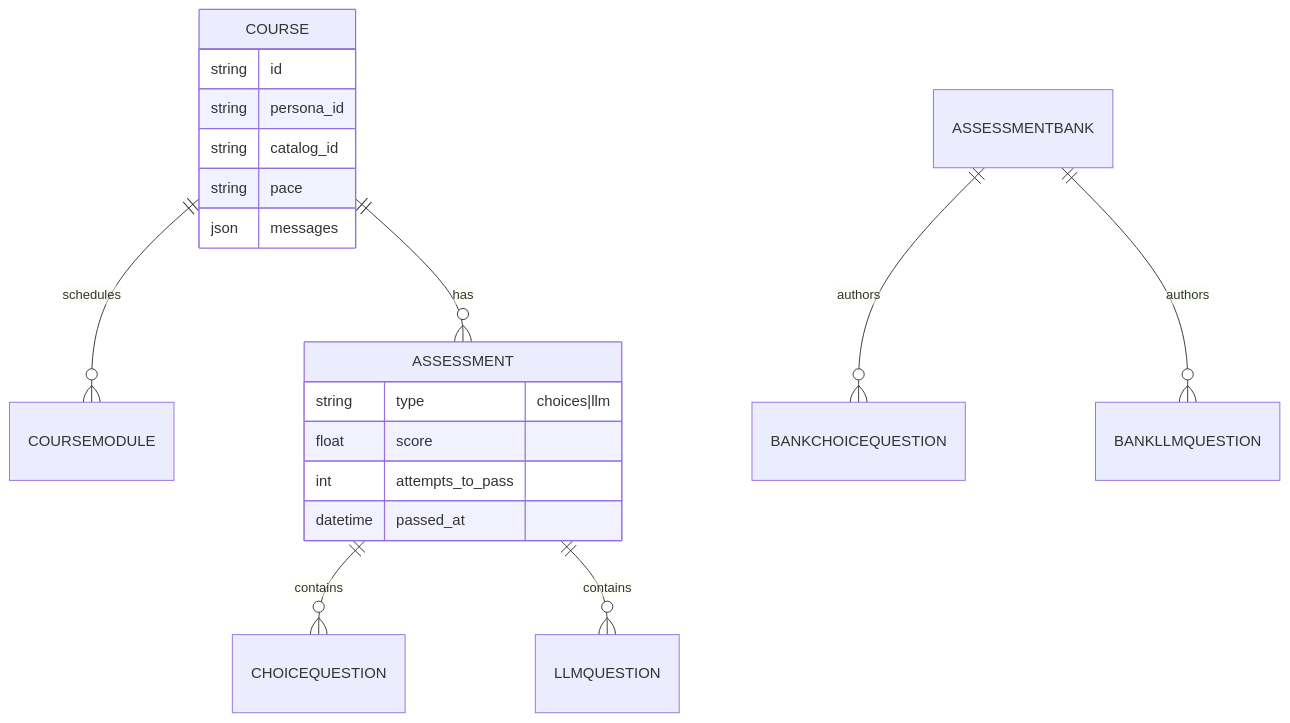
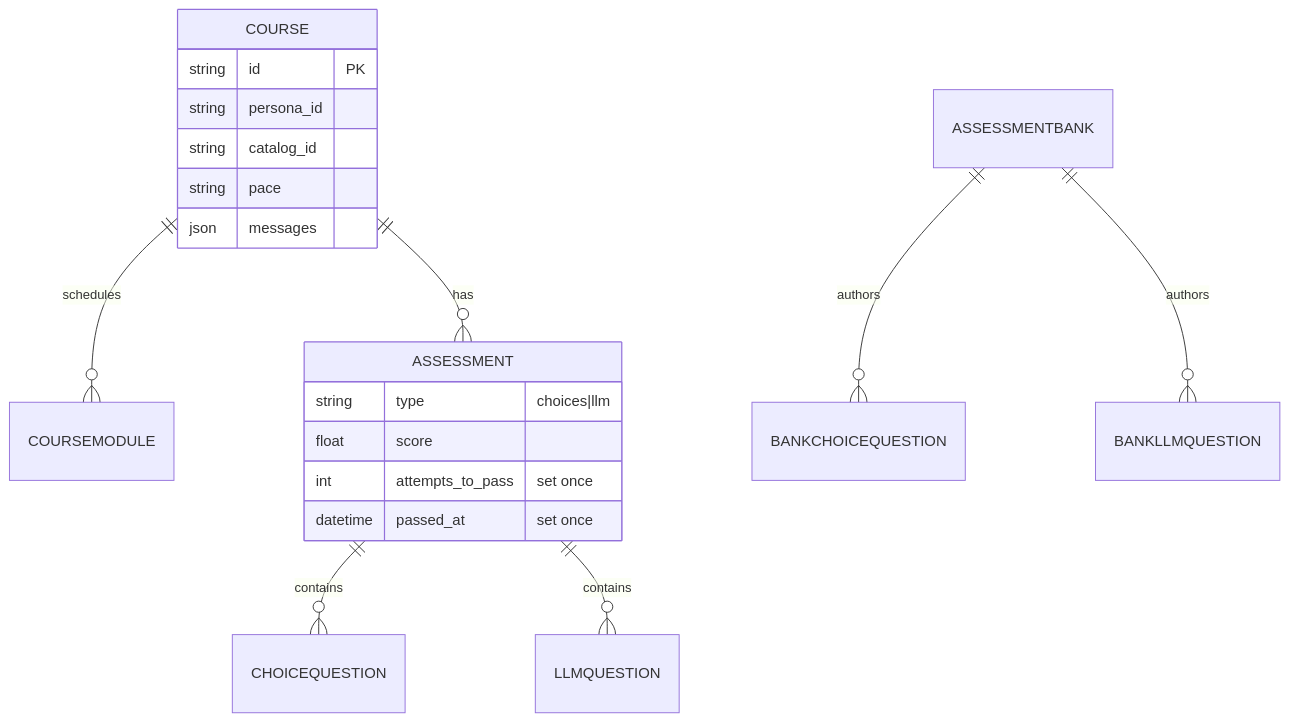
The tenth of 10 diagrams in README.md (theCodeForgerHQ/msf-reasoning-agent), drawn with Mermaid before and after one commit. The commit also changed other lines of this file and 2 other files, not shown here.

````diff
--- a/README.md
+++ b/README.md
@@ -470,22 +443,22 @@
 ```mermaid
 erDiagram
     COURSE ||--o{ COURSEMODULE : schedules
     COURSE ||--o{ ASSESSMENT : has
     ASSESSMENT ||--o{ CHOICEQUESTION : contains
     ASSESSMENT ||--o{ LLMQUESTION : contains
     COURSE {
-      string id
+      string id PK
       string persona_id
       string catalog_id
       string pace
       json messages
     }
     ASSESSMENT {
       string type "choices|llm"
       float score
-      int attempts_to_pass
-      datetime passed_at
+      int attempts_to_pass "set once"
+      datetime passed_at "set once"
     }
     ASSESSMENTBANK ||--o{ BANKCHOICEQUESTION : authors
     ASSESSMENTBANK ||--o{ BANKLLMQUESTION : authors
 ```
````
